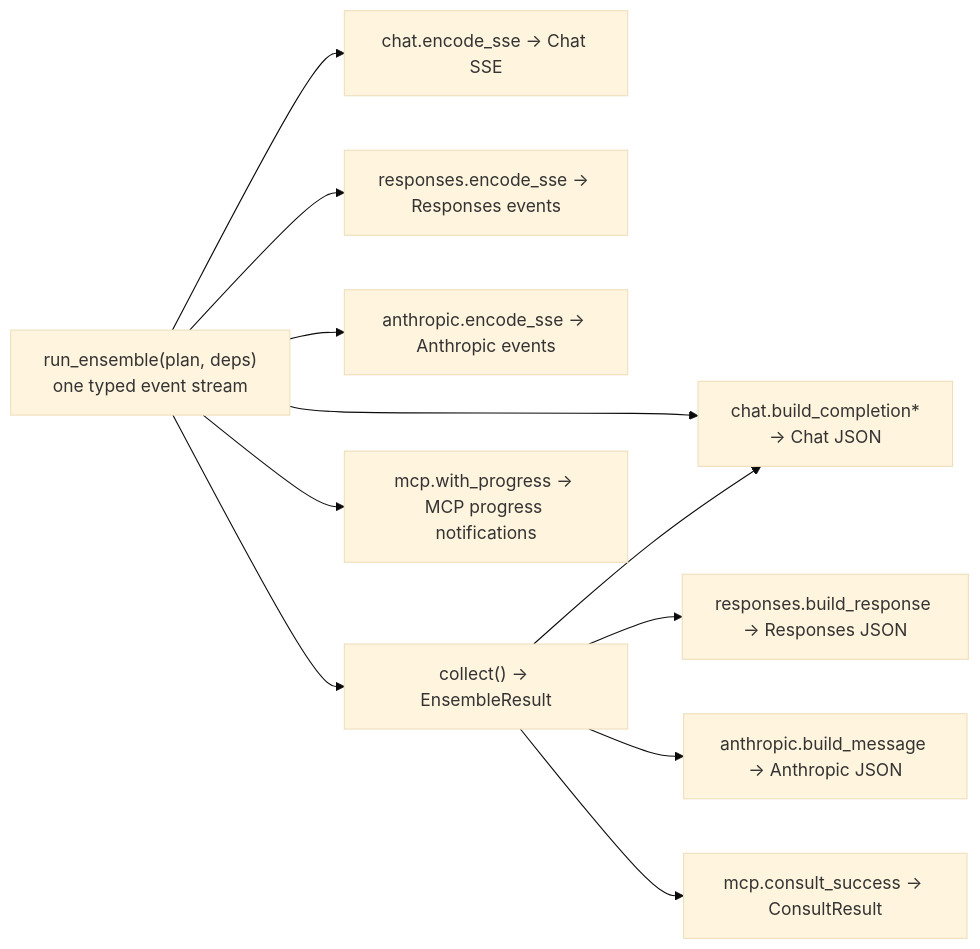
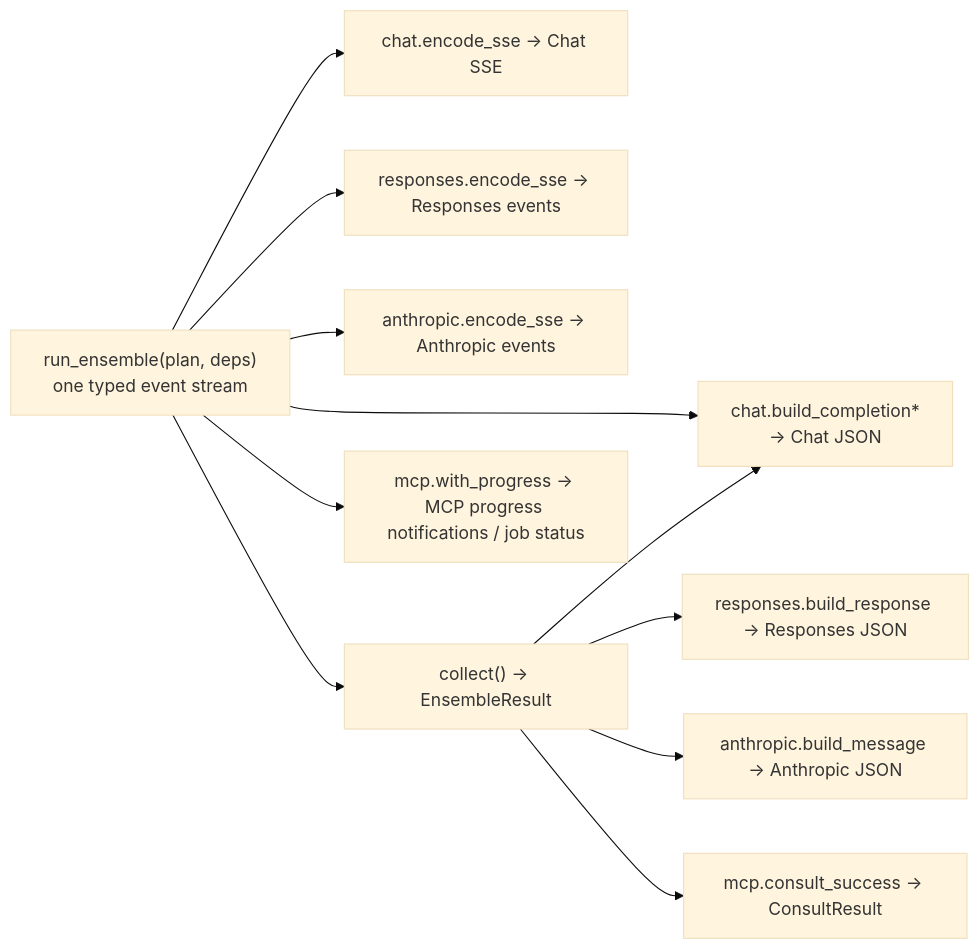
Before and after one commit to arashbehmand/mom-llm: the diagram in docs/ARCHITECTURE.md, drawn with Mermaid (base theme). The commit also changed 17 other files, not shown here.

````diff
--- a/docs/ARCHITECTURE.md
+++ b/docs/ARCHITECTURE.md
@@ -22,14 +22,14 @@
 ```mermaid
 flowchart LR
     RE["run_ensemble(plan, deps)<br/>one typed event stream"]
     RE --> C["chat.encode_sse → Chat SSE"]
     RE --> CJ["chat.build_completion*<br/>→ Chat JSON"]
     RE --> R["responses.encode_sse → Responses events"]
     RE --> A["anthropic.encode_sse → Anthropic events"]
     RE --> CO["collect() → EnsembleResult"]
-    RE --> M["mcp.with_progress → MCP progress notifications"]
+    RE --> M["mcp.with_progress → MCP progress notifications / job status"]
     CO --> CJ
     CO --> RB["responses.build_response → Responses JSON"]
     CO --> AB["anthropic.build_message → Anthropic JSON"]
     CO --> MC["mcp.consult_success → ConsultResult"]
 ```
````
